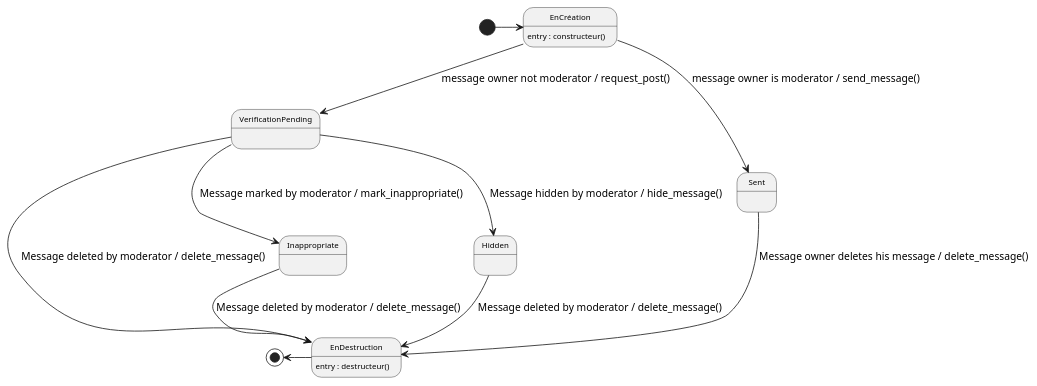
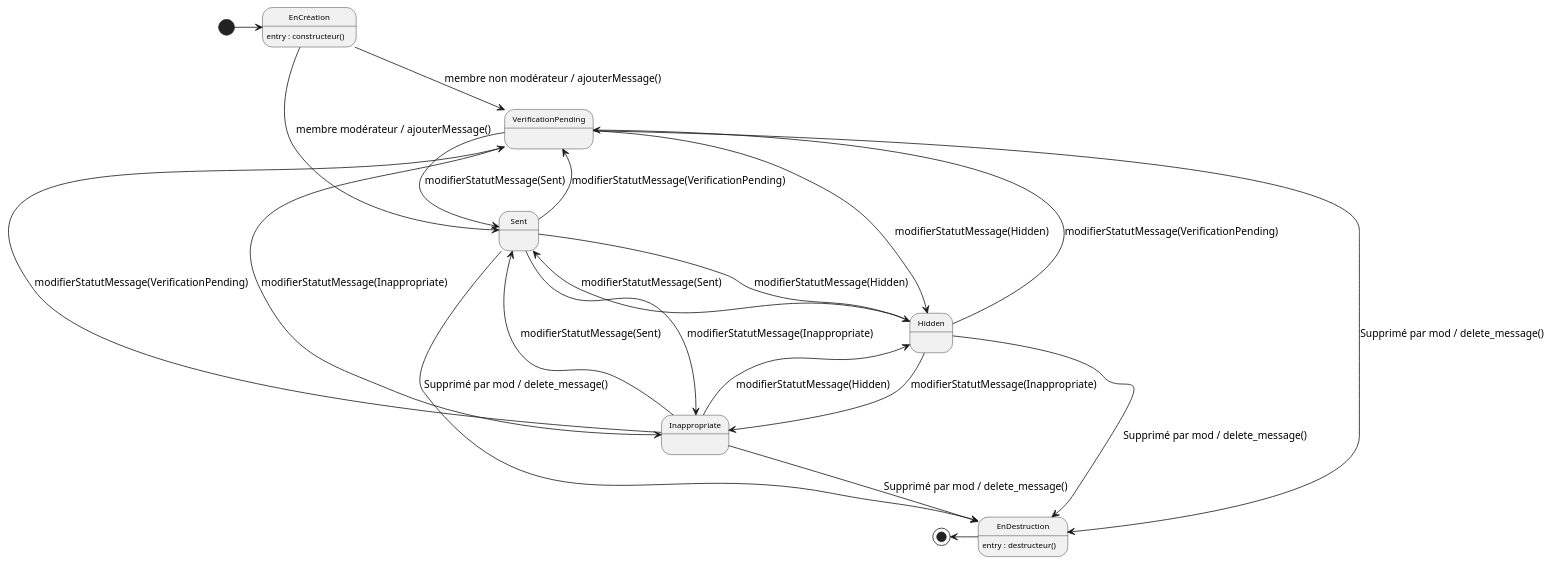
Before and after one commit to lukalafaye/MiniSocs: the diagram in Diagrammes/minisocs_uml_diag_machine_a_etats_message.pu, drawn with PlantUML. The commit also changed 16 other files, not shown here.

```diff
--- a/Diagrammes/minisocs_uml_diag_machine_a_etats_message.pu
+++ b/Diagrammes/minisocs_uml_diag_machine_a_etats_message.pu
@@ -1,26 +1,39 @@
 @startuml
 
 ' Configuration charte graphique
 ' États et transitions
 skinparam state {
     FontSize 10
     RoundCorner 10
 }
 
 state EnCréation : entry : constructeur()
 state EnDestruction : entry : destructeur()
 
 [*] -right-> EnCréation
-EnCréation --> VerificationPending: message owner not moderator / request_post()
-EnCréation --> Sent: message owner is moderator / send_message()
-VerificationPending --> EnDestruction: Message deleted by moderator / delete_message()
-VerificationPending --> Inappropriate: Message marked by moderator / mark_inappropriate()
-VerificationPending --> Hidden: Message hidden by moderator / hide_message()
-Hidden              --> EnDestruction: Message deleted by moderator / delete_message()
-Inappropriate       --> EnDestruction: Message deleted by moderator / delete_message()
-Sent --> EnDestruction: Message owner deletes his message / delete_message()
+EnCréation --> VerificationPending: membre non modérateur / ajouterMessage()
+EnCréation --> Sent: membre modérateur / ajouterMessage()
 
+VerificationPending --> EnDestruction: Supprimé par mod / delete_message()
+VerificationPending --> Inappropriate: modifierStatutMessage(Inappropriate)
+VerificationPending --> Hidden: modifierStatutMessage(Hidden)
+VerificationPending --> Sent: modifierStatutMessage(Sent)
+
+Hidden              --> EnDestruction: Supprimé par mod / delete_message()
+Hidden              --> Inappropriate: modifierStatutMessage(Inappropriate)
+Hidden              --> Sent: modifierStatutMessage(Sent)
+Hidden              --> VerificationPending: modifierStatutMessage(VerificationPending)
+
+Inappropriate       --> EnDestruction: Supprimé par mod / delete_message()
+Inappropriate              --> Hidden: modifierStatutMessage(Hidden)
+Inappropriate              --> Sent: modifierStatutMessage(Sent)
+Inappropriate              --> VerificationPending: modifierStatutMessage(VerificationPending)
+
+Sent --> EnDestruction: Supprimé par mod / delete_message()
+Sent              --> Hidden: modifierStatutMessage(Hidden)
+Sent              --> Inappropriate: modifierStatutMessage(Inappropriate)
+Sent              --> VerificationPending: modifierStatutMessage(VerificationPending)
 
 EnDestruction-left-> [*]
 
 @enduml
```
